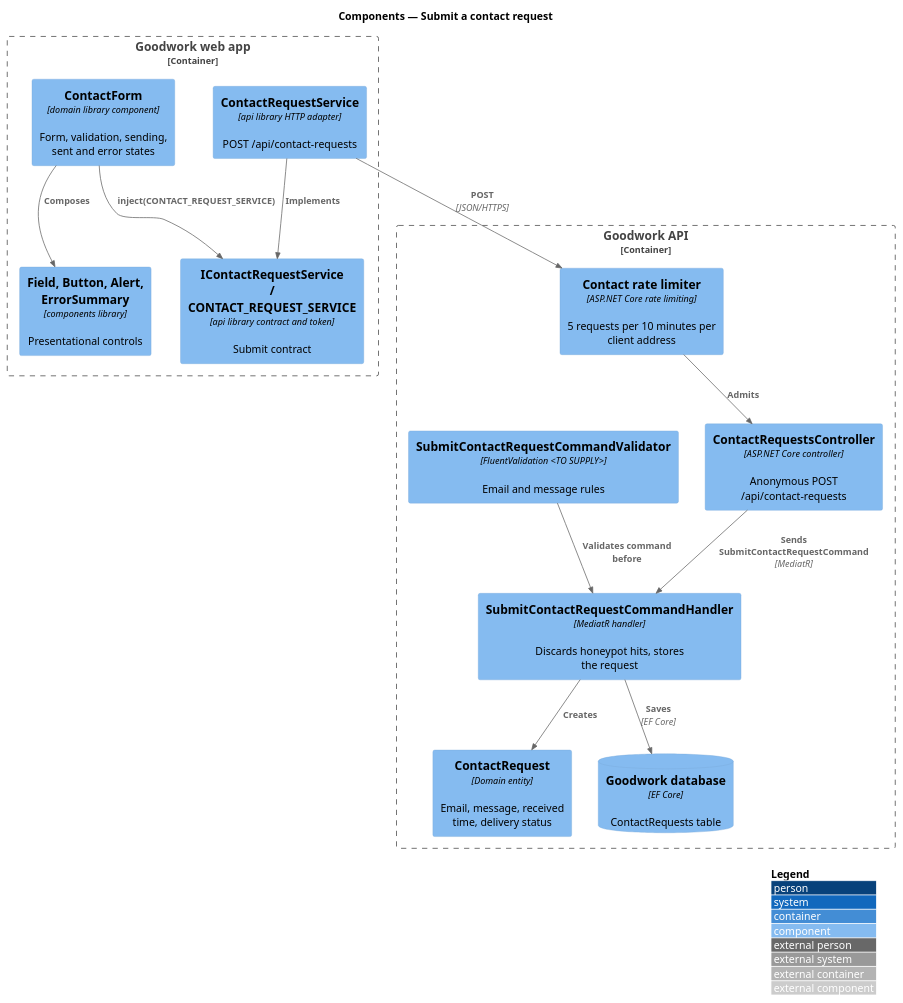
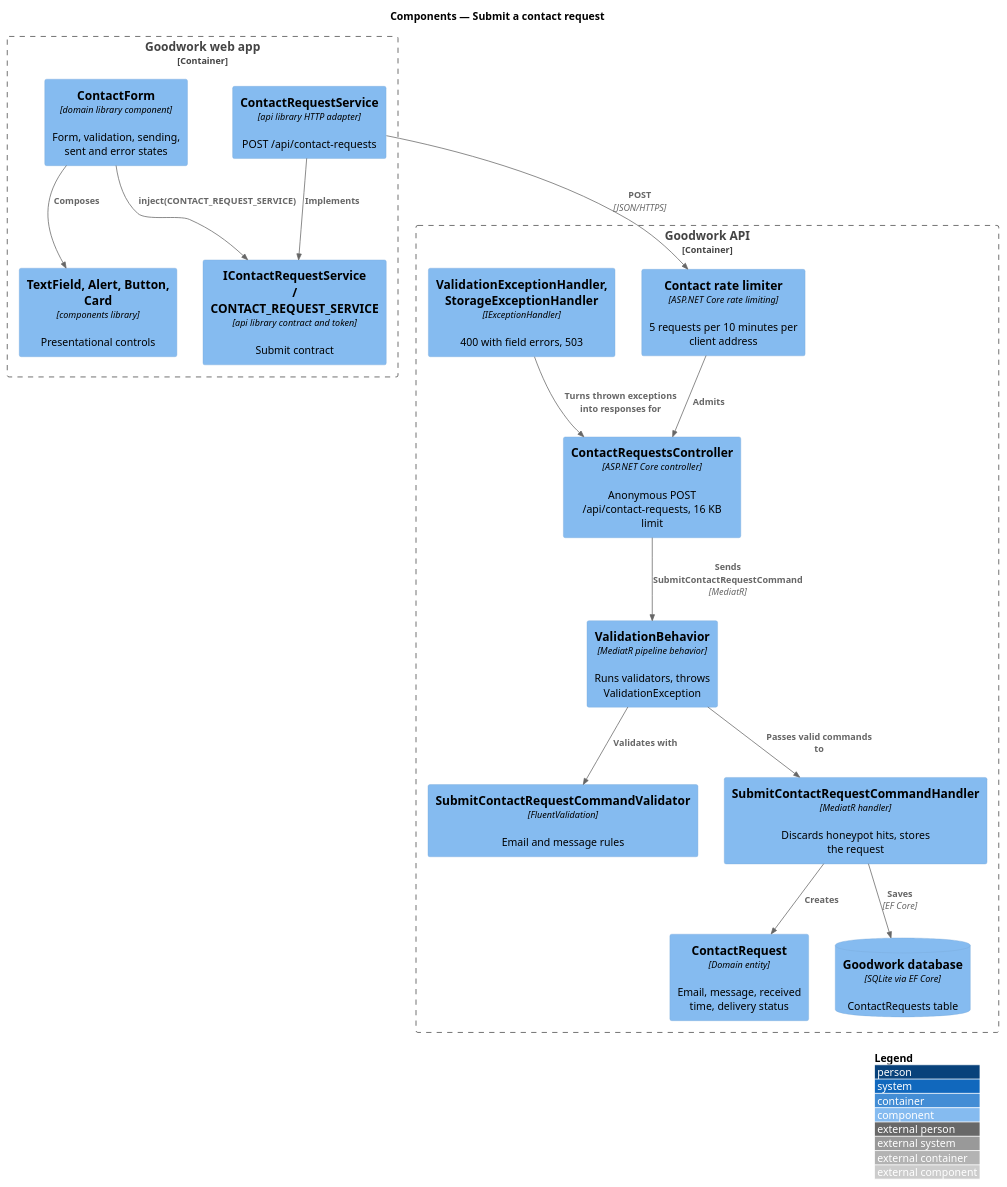
One commit to QuinntyneBrown/goodwork changed the diagram in docs/detailed-designs/contact/submit-contact-request/diagrams/c4-component.puml. Above: the diagram before and after it, drawn with PlantUML. The commit also changed 196 other files, not shown here.

```diff
--- a/docs/detailed-designs/contact/submit-contact-request/diagrams/c4-component.puml
+++ b/docs/detailed-designs/contact/submit-contact-request/diagrams/c4-component.puml
@@ -1,29 +1,33 @@
 @startuml
 !include <C4/C4_Component>
 LAYOUT_WITH_LEGEND()
 title Components — Submit a contact request
 
 Container_Boundary(spa, "Goodwork web app") {
   Component(form, "ContactForm", "domain library component", "Form, validation, sending, sent and error states")
   Component(contract, "IContactRequestService / CONTACT_REQUEST_SERVICE", "api library contract and token", "Submit contract")
   Component(svc, "ContactRequestService", "api library HTTP adapter", "POST /api/contact-requests")
-  Component(ui, "Field, Button, Alert, ErrorSummary", "components library", "Presentational controls")
+  Component(ui, "TextField, Alert, Button, Card", "components library", "Presentational controls")
 }
 Container_Boundary(api, "Goodwork API") {
   Component(limiter, "Contact rate limiter", "ASP.NET Core rate limiting", "5 requests per 10 minutes per client address")
-  Component(ctrl, "ContactRequestsController", "ASP.NET Core controller", "Anonymous POST /api/contact-requests")
-  Component(validator, "SubmitContactRequestCommandValidator", "FluentValidation <TO SUPPLY>", "Email and message rules")
+  Component(ctrl, "ContactRequestsController", "ASP.NET Core controller", "Anonymous POST /api/contact-requests, 16 KB limit")
+  Component(behavior, "ValidationBehavior", "MediatR pipeline behavior", "Runs validators, throws ValidationException")
+  Component(validator, "SubmitContactRequestCommandValidator", "FluentValidation", "Email and message rules")
+  Component(problems, "ValidationExceptionHandler, StorageExceptionHandler", "IExceptionHandler", "400 with field errors, 503")
   Component(handler, "SubmitContactRequestCommandHandler", "MediatR handler", "Discards honeypot hits, stores the request")
   Component(entity, "ContactRequest", "Domain entity", "Email, message, received time, delivery status")
-  ComponentDb(db, "Goodwork database", "EF Core", "ContactRequests table")
+  ComponentDb(db, "Goodwork database", "SQLite via EF Core", "ContactRequests table")
 }
 Rel(form, ui, "Composes")
 Rel(form, contract, "inject(CONTACT_REQUEST_SERVICE)")
 Rel(svc, contract, "Implements")
 Rel(svc, limiter, "POST", "JSON/HTTPS")
 Rel(limiter, ctrl, "Admits")
-Rel(ctrl, handler, "Sends SubmitContactRequestCommand", "MediatR")
-Rel(validator, handler, "Validates command before")
+Rel(ctrl, behavior, "Sends SubmitContactRequestCommand", "MediatR")
+Rel(behavior, validator, "Validates with")
+Rel(behavior, handler, "Passes valid commands to")
+Rel(problems, ctrl, "Turns thrown exceptions into responses for")
 Rel(handler, entity, "Creates")
 Rel(handler, db, "Saves", "EF Core")
 @enduml
```
